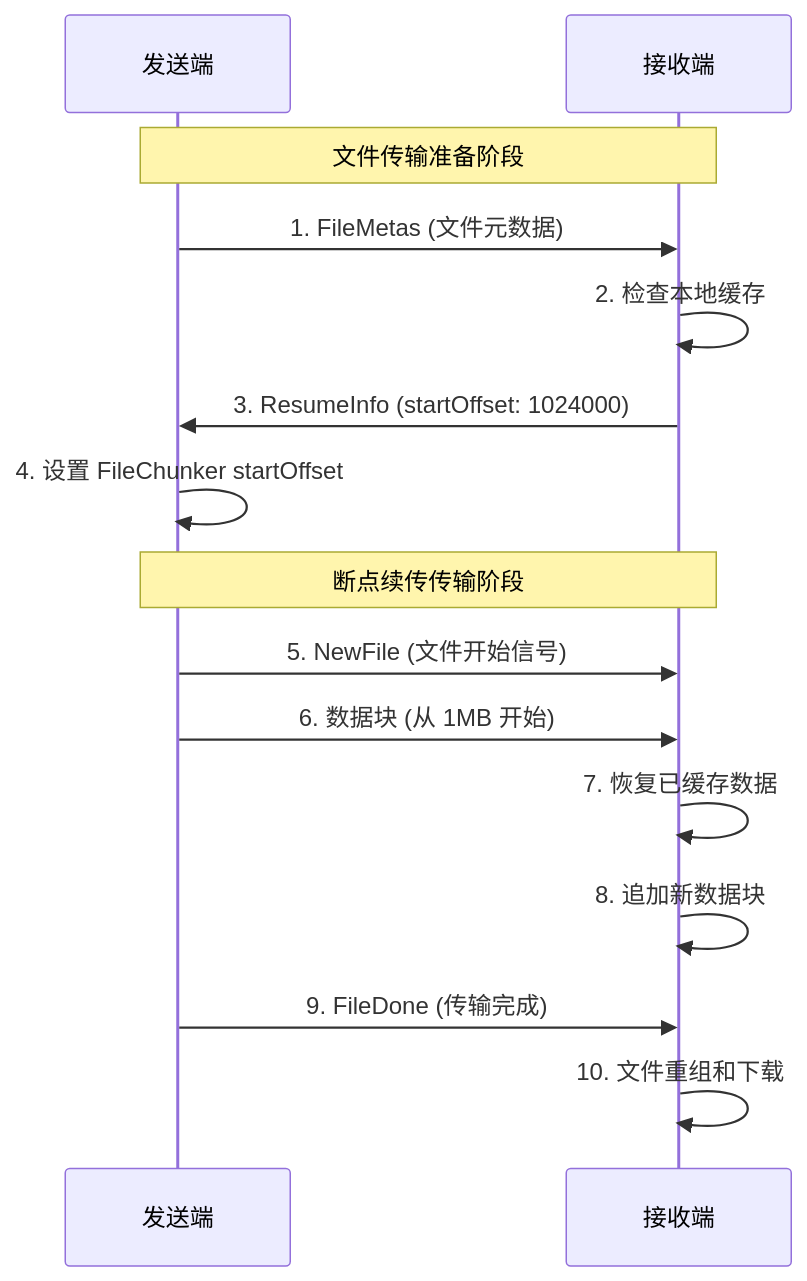
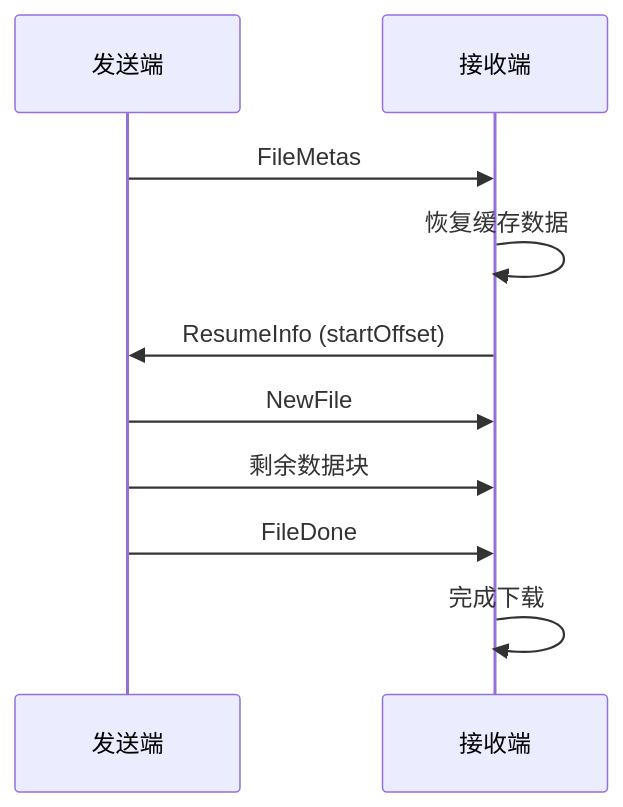
The second of 2 diagrams in README.md (beixiyo/web-share), drawn with Mermaid before and after one commit. The commit also changed other lines of this file and 2 other files, not shown here.

````diff
--- a/README.md
+++ b/README.md
@@ -586,19 +275,13 @@
 ```mermaid
 sequenceDiagram
     participant S as 发送端
     participant R as 接收端
 
-    Note over S,R: 文件传输准备阶段
-    S->>R: 1. FileMetas (文件元数据)
-    R->>R: 2. 检查本地缓存
-    R->>S: 3. ResumeInfo (startOffset: 1024000)
-    S->>S: 4. 设置 FileChunker startOffset
-
-    Note over S,R: 断点续传传输阶段
-    S->>R: 5. NewFile (文件开始信号)
-    S->>R: 6. 数据块 (从 1MB 开始)
-    R->>R: 7. 恢复已缓存数据
-    R->>R: 8. 追加新数据块
-    S->>R: 9. FileDone (传输完成)
-    R->>R: 10. 文件重组和下载
+    S->>R: FileMetas
+    R->>R: 恢复缓存数据
+    R->>S: ResumeInfo (startOffset)
+    S->>R: NewFile
+    S->>R: 剩余数据块
+    S->>R: FileDone
+    R->>R: 完成下载
 ```
````
